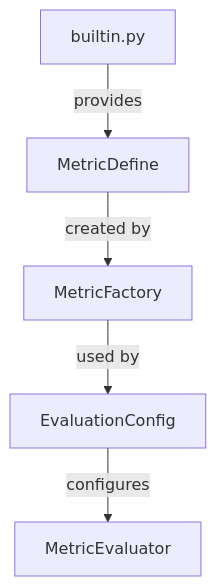
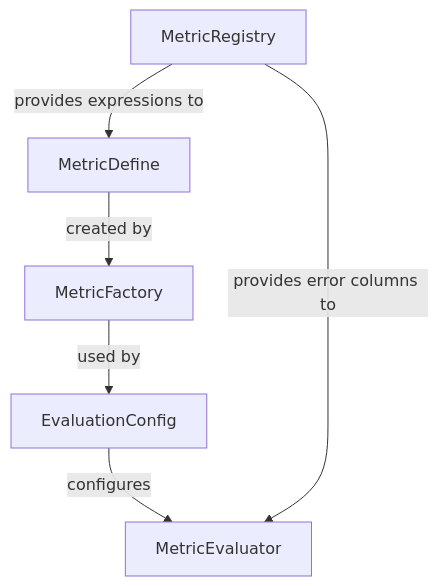
One commit to elong0527/demo_eval_metric changed the diagram in CLAUDE.md. Above: the diagram before and after it, drawn with Mermaid. The commit also changed other lines of this file and 2 other files, not shown here.

````diff
--- a/CLAUDE.md
+++ b/CLAUDE.md
@@ -70,7 +70,8 @@
 ```mermaid
 graph TD
-    A[MetricDefine] -->|created by| B[MetricFactory]
-    B -->|used by| C[EvaluationConfig]
-    C -->|configures| D[MetricEvaluator]
-    E[builtin.py] -->|provides| A
+    A[MetricRegistry] -->|provides expressions to| B[MetricDefine]
+    B -->|created by| C[MetricFactory]
+    C -->|used by| D[EvaluationConfig]
+    D -->|configures| E[MetricEvaluator]
+    A -->|provides error columns to| E
 ```
````
